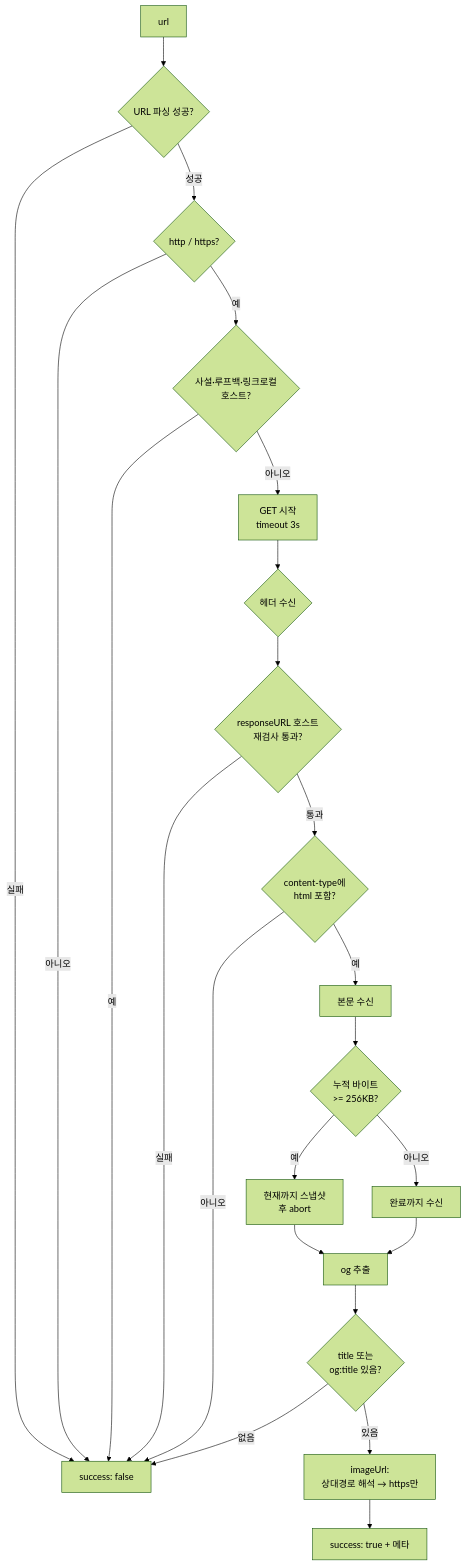
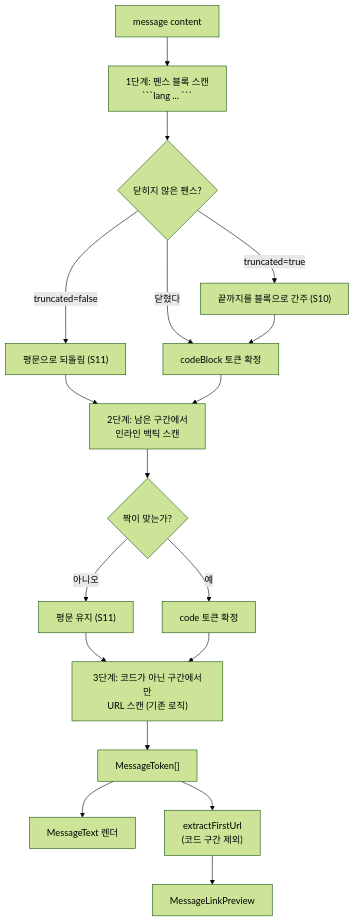
One commit to lemoncloud-io/dou-app changed the first of 4 diagrams in docs/chat-link-preview.md. Above: the diagram before and after it, drawn with Mermaid (forest theme). The commit also changed other lines of this file and 19 other files, not shown here.

`````diff
--- a/docs/chat-link-preview.md
+++ b/docs/chat-link-preview.md
@@ -133,25 +208,20 @@
-```mermaid
+````mermaid
 flowchart TD
-    A[url] --> B{URL 파싱 성공?}
-    B -- 실패 --> F[success: false]
-    B -- 성공 --> C{http / https?}
-    C -- 아니오 --> F
-    C -- 예 --> D{사설·루프백·링크로컬<br/>호스트?}
-    D -- 예 --> F
-    D -- 아니오 --> E[GET 시작<br/>timeout 3s]
-    E --> G{헤더 수신}
-    G --> H{responseURL 호스트<br/>재검사 통과?}
-    H -- 실패 --> F
-    H -- 통과 --> I{content-type에<br/>html 포함?}
-    I -- 아니오 --> F
-    I -- 예 --> J[본문 수신]
-    J --> K{누적 바이트<br/>>= 256KB?}
-    K -- 예 --> L[현재까지 스냅샷<br/>후 abort]
-    K -- 아니오 --> M[완료까지 수신]
-    L --> N[og 추출]
-    M --> N
-    N --> O{title 또는<br/>og:title 있음?}
-    O -- 없음 --> F
-    O -- 있음 --> P[imageUrl:<br/>상대경로 해석 → https만]
-    P --> Q[success: true + 메타]
-```
+    A["message content"] --> B["1단계: 펜스 블록 스캔<br/>```lang ... ```"]
+    B --> C{"닫히지 않은 펜스?"}
+    C -- "truncated=true" --> D["끝까지를 블록으로 간주 (S10)"]
+    C -- "truncated=false" --> E["평문으로 되돌림 (S11)"]
+    C -- "닫혔다" --> F["codeBlock 토큰 확정"]
+    D --> F
+    E --> G
+    F --> G["2단계: 남은 구간에서<br/>인라인 백틱 스캔"]
+    G --> H{"짝이 맞는가?"}
+    H -- 아니오 --> I["평문 유지 (S11)"]
+    H -- 예 --> J["code 토큰 확정"]
+    I --> K
+    J --> K["3단계: 코드가 아닌 구간에서만<br/>URL 스캔 (기존 로직)"]
+    K --> L["MessageToken[]"]
+    L --> M["MessageText 렌더"]
+    L --> N["extractFirstUrl<br/>(코드 구간 제외)"]
+    N --> O["MessageLinkPreview"]
+````
`````
